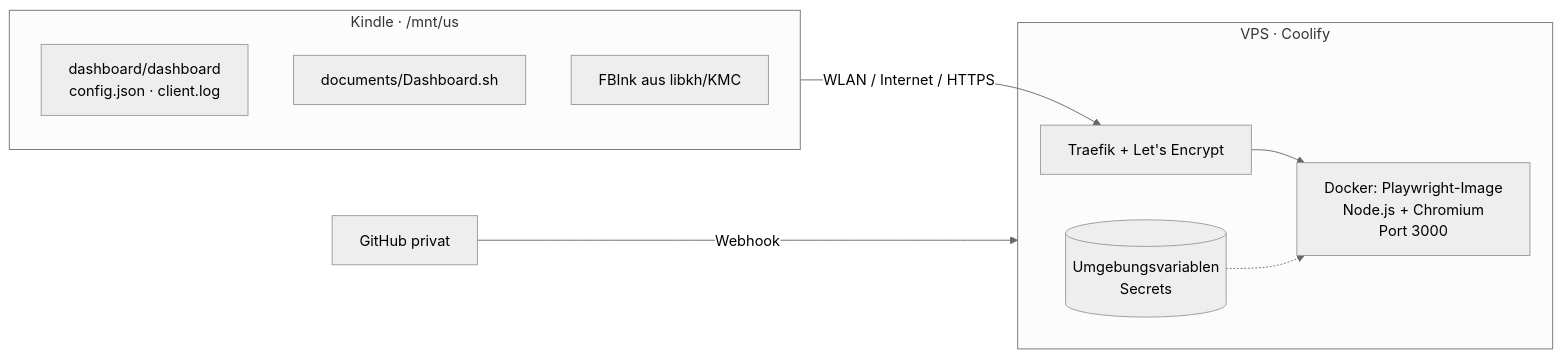
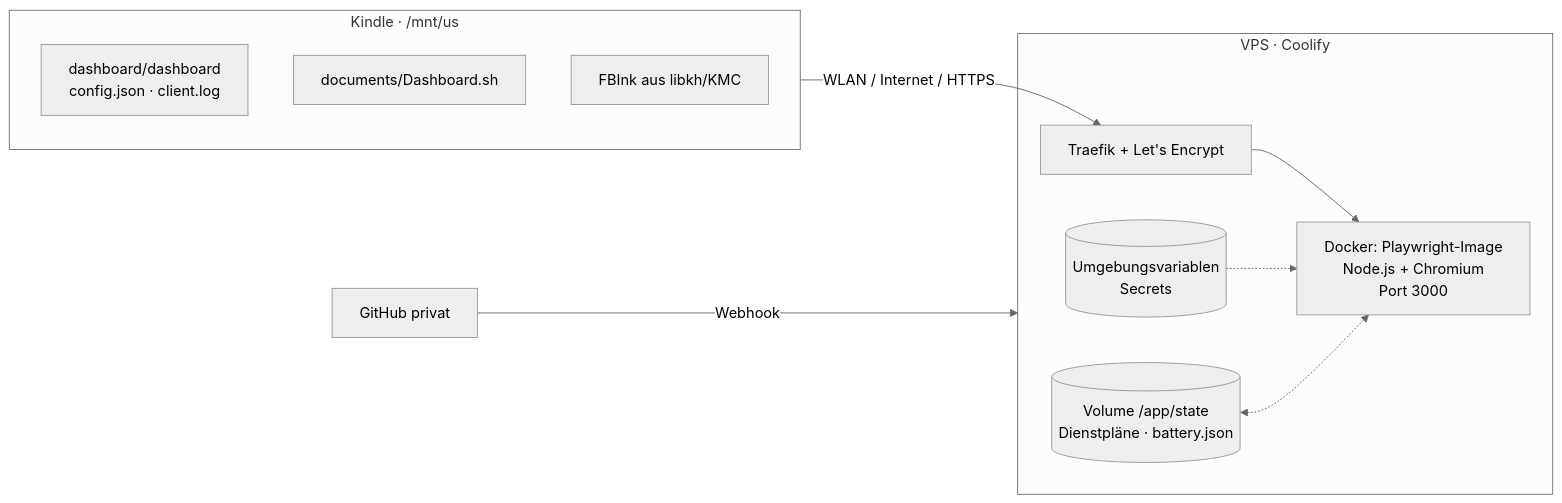
The tenth of 11 diagrams in docs/architektur/arc42.md (pfederi/kindle-dashboard), drawn with Mermaid (neutral theme) before and after one commit. The commit also changed other lines of this file and 1 other file, not shown here.

Commit message:
README und arc42: Dienstplan, Volume STATE_DIR, Akkukurve auf dem Volume

````diff
--- a/docs/architektur/arc42.md
+++ b/docs/architektur/arc42.md
@@ -345,16 +376,18 @@
 ```mermaid
 flowchart LR
   subgraph device [Kindle · /mnt/us]
     bin[dashboard/dashboard<br/>config.json · client.log]
     sh[documents/Dashboard.sh]
     fb[FBInk aus libkh/KMC]
   end
   subgraph host [VPS · Coolify]
     traefik[Traefik + Let's Encrypt]
     container[Docker: Playwright-Image<br/>Node.js + Chromium<br/>Port 3000]
     env[(Umgebungsvariablen<br/>Secrets)]
+    vol[(Volume /app/state<br/>Dienstpläne · battery.json)]
   end
   device -- WLAN / Internet / HTTPS --> traefik --> container
   env -.-> container
+  vol <-.-> container
   git[GitHub privat] -- Webhook --> host
 ```
````
